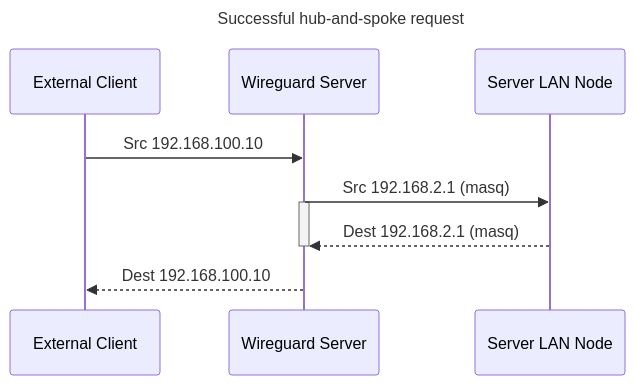
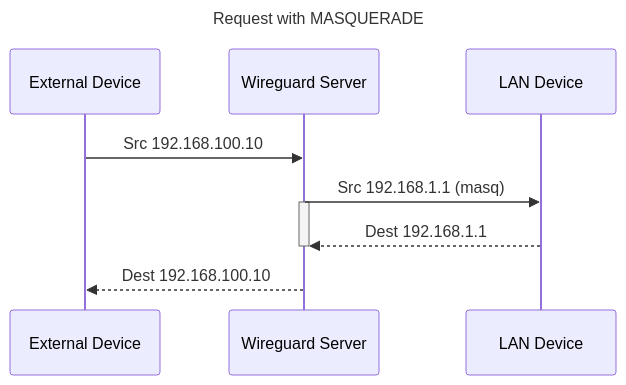
Before and after one commit to j-krl/blog: the third of 5 diagrams in _posts/2026-05-08-hub-and-spoke-architecture.md, drawn with Mermaid. The commit also changed other lines of this file and 1 other file, not shown here.

Commit message:
fixed a lot of diagrams

```diff
--- a/_posts/2026-05-08-hub-and-spoke-architecture.md
+++ b/_posts/2026-05-08-hub-and-spoke-architecture.md
@@ -106,15 +100,15 @@
 <pre class="mermaid" style="text-align: center;">
 ---
-title: Successful hub-and-spoke request
+title: Request with MASQUERADE
 ---
 sequenceDiagram
-    participant EC as External Client
+    participant EC as External Device
     participant WS as Wireguard Server
-    participant N1 as Server LAN Node
+    participant N1 as LAN Device
     EC->>WS: Src 192.168.100.10
-    WS->>N1: Src 192.168.2.1 (masq)
+    WS->>N1: Src 192.168.1.1 (masq)
     activate WS
-    N1-->>WS: Dest 192.168.2.1 (masq)
+    N1-->>WS: Dest 192.168.1.1
     deactivate WS
     WS-->>EC: Dest 192.168.100.10
 </pre>
```
